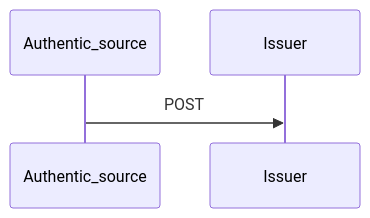
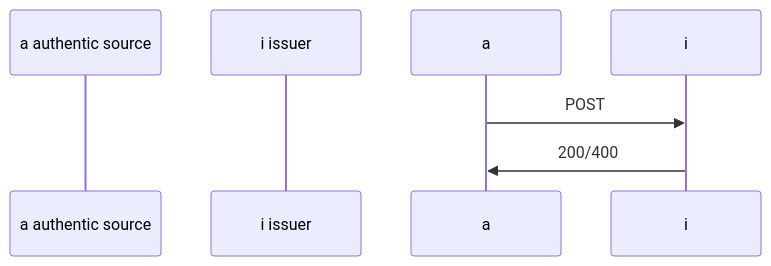
Before and after one commit to dc4eu/vc: the eighth of 8 diagrams in standards/apiv21.md, drawn with Mermaid. The commit also changed other lines of this file, not shown here.

Commit message:
Add aliases in mermaid.

````diff
--- a/standards/apiv21.md
+++ b/standards/apiv21.md
@@ -408,4 +428,7 @@
 ```mermaid
 sequenceDiagram;
-    Authentic_source->>Issuer: POST ;
+    participant a authentic source;
+    participant i issuer;
+    a->>i: POST;
+    i->>a: 200/400;
 ```
````
